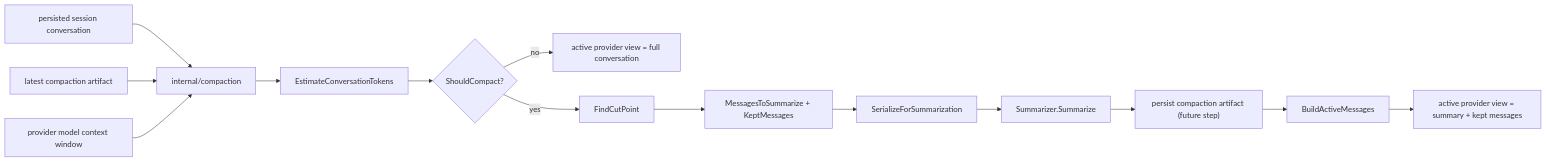
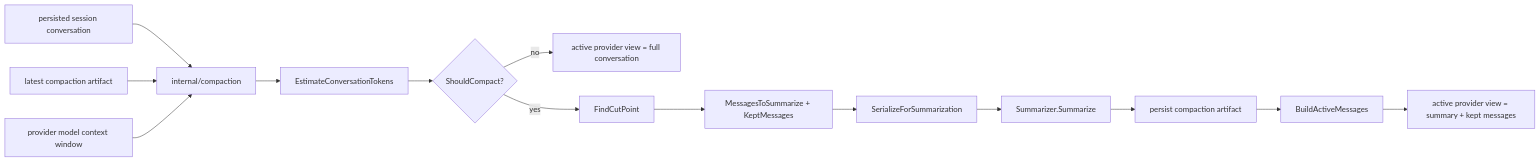
The first of 3 diagrams in internal/compaction/ARCHITECTURE.md (xren/goose-go), drawn with Mermaid before and after one commit. The commit also changed other lines of this file and 9 other files, not shown here.

Commit message:
Document post-compaction flow

````diff
--- a/internal/compaction/ARCHITECTURE.md
+++ b/internal/compaction/ARCHITECTURE.md
@@ -35,17 +35,17 @@
 ```mermaid
 flowchart LR
     A["persisted session conversation"] --> B["internal/compaction"]
     C["latest compaction artifact"] --> B
     D["provider model context window"] --> B
 
     B --> E["EstimateConversationTokens"]
     E --> F{"ShouldCompact?"}
     F -- "no" --> G["active provider view = full conversation"]
     F -- "yes" --> H["FindCutPoint"]
     H --> I["MessagesToSummarize + KeptMessages"]
     I --> J["SerializeForSummarization"]
     J --> K["Summarizer.Summarize"]
-    K --> L["persist compaction artifact (future step)"]
+    K --> L["persist compaction artifact"]
     L --> M["BuildActiveMessages"]
     M --> N["active provider view = summary + kept messages"]
 ```
````
